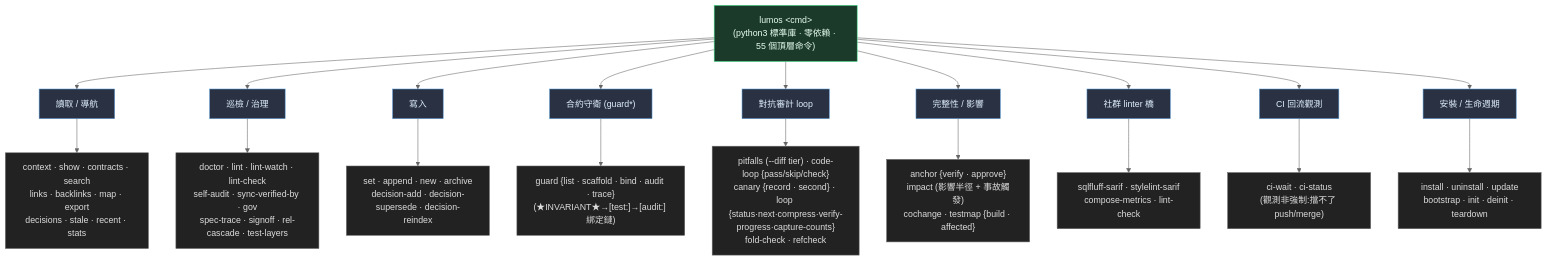
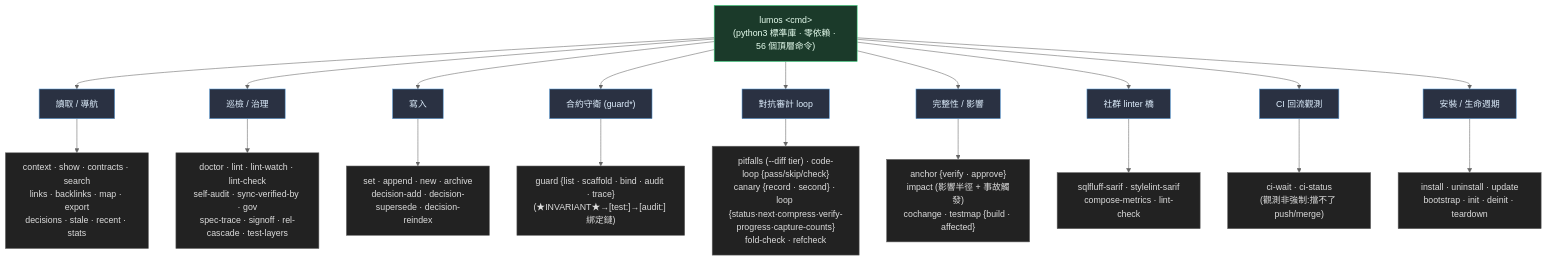
Before and after one commit to EnzoHsieh-Android/Lumos: the third of 4 diagrams in ARCHITECTURE.md, drawn with Mermaid (neutral theme). The commit also changed other lines of this file and 12 other files, not shown here.

````diff
--- a/ARCHITECTURE.md
+++ b/ARCHITECTURE.md
@@ -99,31 +99,31 @@
 ```mermaid
 flowchart TB
-    ROOT["lumos &lt;cmd&gt;<br/>(python3 標準庫 · 零依賴 · 55 個頂層命令)"]
+    ROOT["lumos &lt;cmd&gt;<br/>(python3 標準庫 · 零依賴 · 56 個頂層命令)"]
 
     ROOT --> READ["讀取 / 導航"]
     ROOT --> HEALTH["巡檢 / 治理"]
     ROOT --> WRITE["寫入"]
     ROOT --> GUARD["合約守衛 (guard*)"]
     ROOT --> LOOP["對抗審計 loop"]
     ROOT --> INTEG["完整性 / 影響"]
     ROOT --> SARIF["社群 linter 橋"]
     ROOT --> CI["CI 回流觀測"]
     ROOT --> LIFE["安裝 / 生命週期"]
 
     READ --> R["context · show · contracts · search<br/>links · backlinks · map · export<br/>decisions · stale · recent · stats"]
     HEALTH --> H["doctor · lint · lint-watch · lint-check<br/>self-audit · sync-verified-by · gov<br/>spec-trace · signoff · rel-cascade · test-layers"]
     CI --> C["ci-wait · ci-status<br/>(觀測非強制:擋不了 push/merge)"]
     WRITE --> W["set · append · new · archive<br/>decision-add · decision-supersede · decision-reindex"]
     GUARD --> G["guard {list · scaffold · bind · audit · trace}<br/>(★INVARIANT★→[test:]→[audit:] 綁定鏈)"]
     LOOP --> LP["pitfalls (--diff tier) · code-loop {pass/skip/check}<br/>canary {record · second} · loop {status·next·compress·verify-progress·capture-counts}<br/>fold-check · refcheck"]
     INTEG --> I["anchor {verify · approve}<br/>impact (影響半徑 + 事故觸發)<br/>cochange · testmap {build · affected}"]
     SARIF --> ST["sqlfluff-sarif · stylelint-sarif<br/>compose-metrics · lint-check"]
     LIFE --> L["install · uninstall · update<br/>bootstrap · init · deinit · teardown"]
 
     classDef root fill:#1b3a2a,stroke:#3ddc84,color:#e8fff0
     classDef cat fill:#2a3142,stroke:#5a9bd6,color:#e0f0ff
     classDef leaf fill:#222,stroke:#666,color:#ddd
     class ROOT root
     class READ,HEALTH,WRITE,GUARD,LOOP,INTEG,SARIF,CI,LIFE cat
     class R,H,W,G,LP,I,ST,C,L leaf
 ```
````
